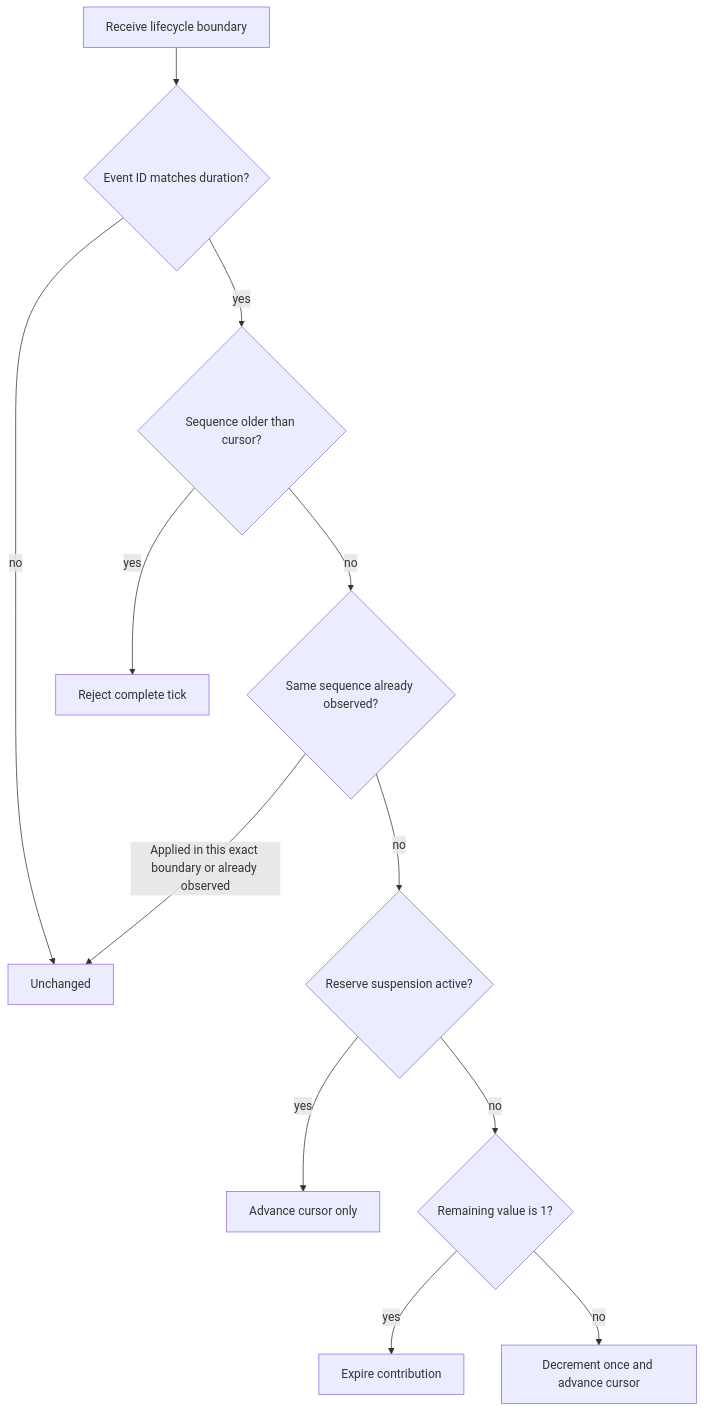
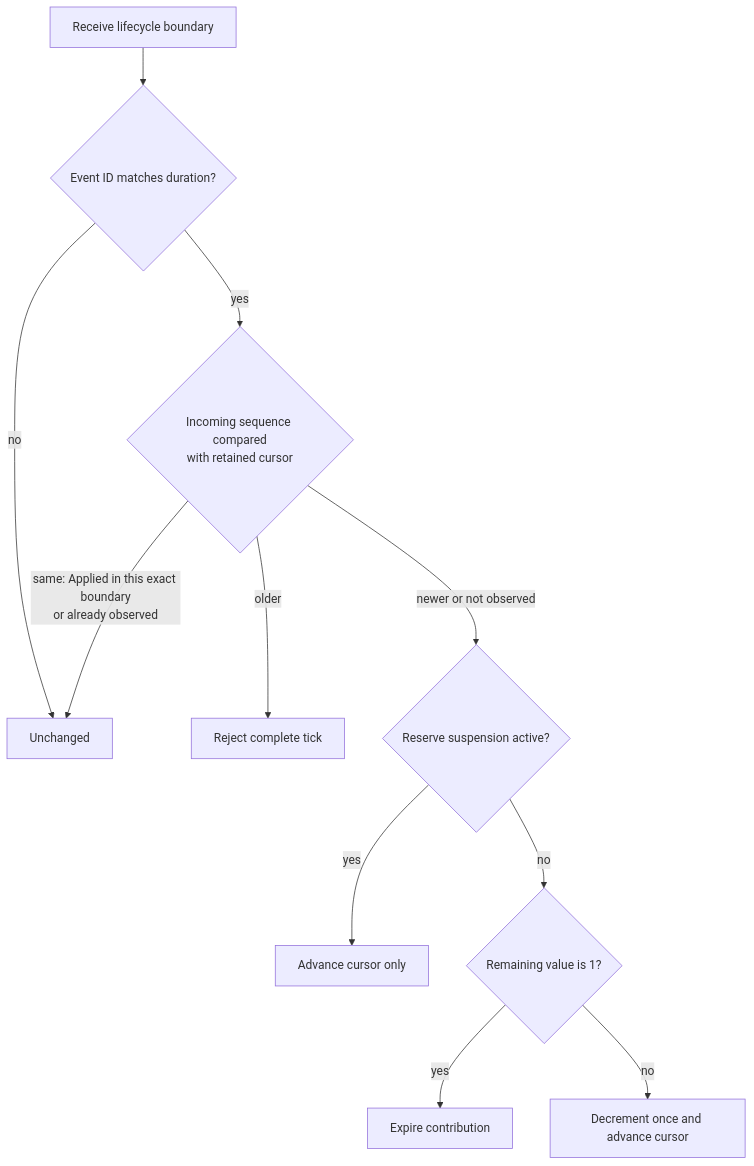
Before and after one commit to KayelC/Convergence: the fifth of 6 diagrams in docs/technical/stat-modifier-policy-runtime.md, drawn with Mermaid. The commit also changed other lines of this file and 5 other files, not shown here.

Commit message:
Altered Flowchart Diagrams in Docs

````diff
--- a/docs/technical/stat-modifier-policy-runtime.md
+++ b/docs/technical/stat-modifier-policy-runtime.md
@@ -215,14 +211,13 @@
 ```mermaid
 flowchart TD
     T["Receive lifecycle boundary"] --> M{"Event ID matches duration?"}
     M -->|"no"| U["Unchanged"]
-    M -->|"yes"| O{"Sequence older than cursor?"}
-    O -->|"yes"| R["Reject complete tick"]
-    O -->|"no"| S{"Same sequence already observed?"}
-    S -->|"Applied in this exact boundary or already observed"| U
-    S -->|"no"| D{"Reserve suspension active?"}
+    M -->|"yes"| O{"Incoming sequence compared<br/>with retained cursor"}
+    O -->|"older"| R["Reject complete tick"]
+    O -->|"same: Applied in this exact boundary<br/>or already observed"| U
+    O -->|"newer or not observed"| D{"Reserve suspension active?"}
     D -->|"yes"| C["Advance cursor only"]
     D -->|"no"| V{"Remaining value is 1?"}
     V -->|"yes"| X["Expire contribution"]
     V -->|"no"| K["Decrement once and advance cursor"]
 ```
````
